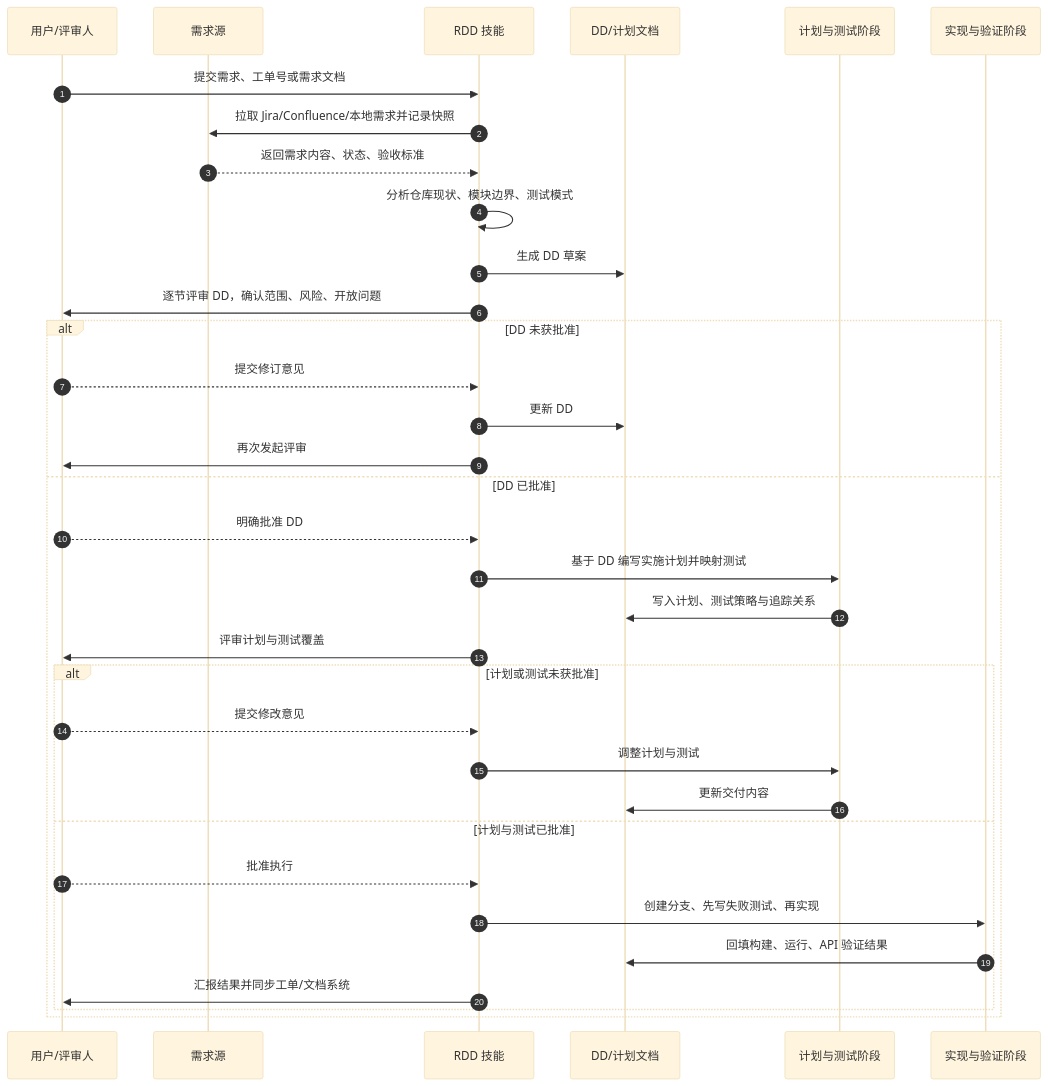
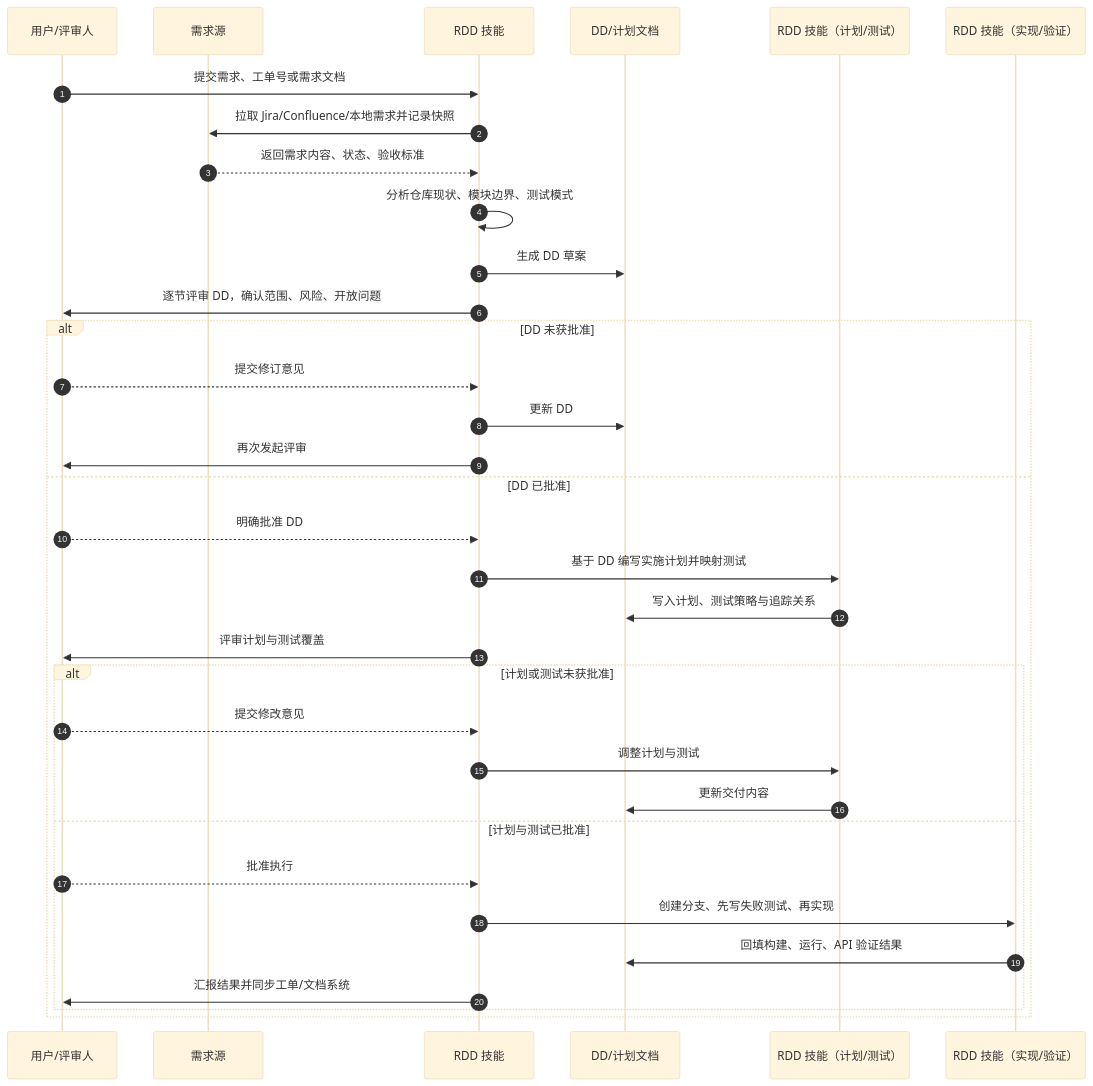
The diagram in skills/requirements-driven-development/README.md (JoeHe0x/superpowers), drawn with Mermaid (base theme) before and after one commit. The commit also changed 7 other files, not shown here.

````diff
--- a/skills/requirements-driven-development/README.md
+++ b/skills/requirements-driven-development/README.md
@@ -166,39 +166,39 @@
 ```mermaid
 sequenceDiagram
     autonumber
     participant U as 用户/评审人
     participant S as 需求源
     participant A as RDD 技能
     participant D as DD/计划文档
-    participant T as 计划与测试阶段
-    participant I as 实现与验证阶段
+    participant T as RDD 技能（计划/测试）
+    participant I as RDD 技能（实现/验证）
 
     U->>A: 提交需求、工单号或需求文档
     A->>S: 拉取 Jira/Confluence/本地需求并记录快照
     S-->>A: 返回需求内容、状态、验收标准
     A->>A: 分析仓库现状、模块边界、测试模式
     A->>D: 生成 DD 草案
     A->>U: 逐节评审 DD，确认范围、风险、开放问题
 
     alt DD 未获批准
         U-->>A: 提交修订意见
         A->>D: 更新 DD
         A->>U: 再次发起评审
     else DD 已批准
         U-->>A: 明确批准 DD
         A->>T: 基于 DD 编写实施计划并映射测试
         T->>D: 写入计划、测试策略与追踪关系
         A->>U: 评审计划与测试覆盖
 
         alt 计划或测试未获批准
             U-->>A: 提交修改意见
             A->>T: 调整计划与测试
             T->>D: 更新交付内容
         else 计划与测试已批准
             U-->>A: 批准执行
             A->>I: 创建分支、先写失败测试、再实现
             I->>D: 回填构建、运行、API 验证结果
             A->>U: 汇报结果并同步工单/文档系统
         end
     end
 ```
````
